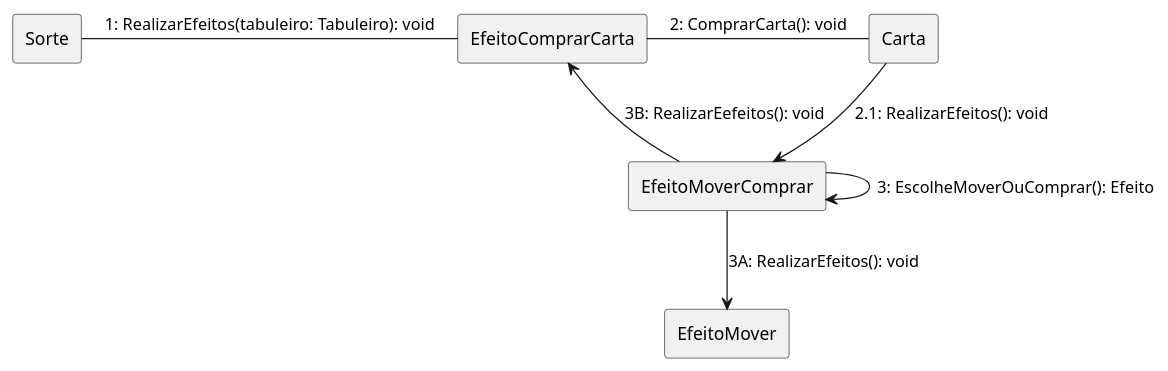
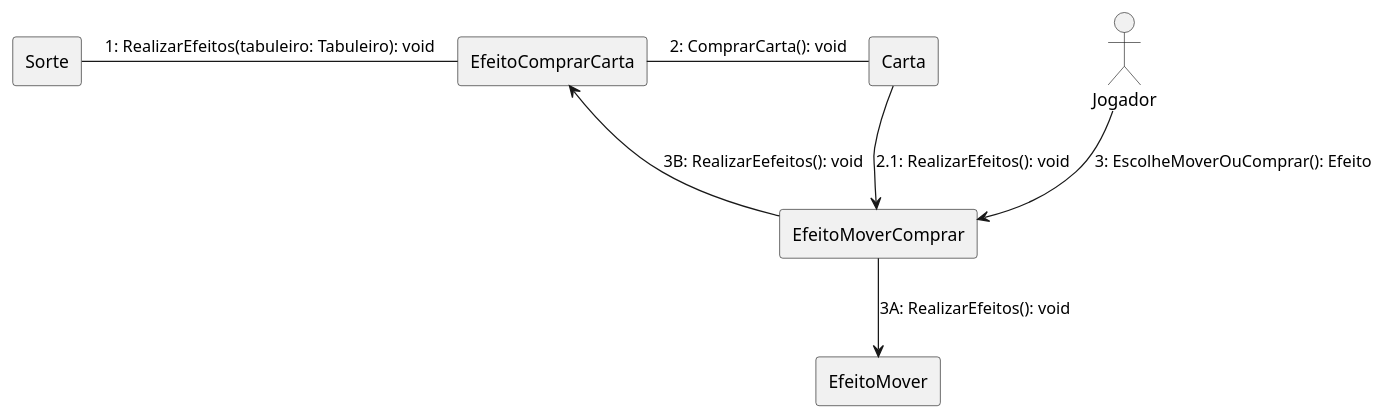
One commit to rogerpcto/ProjetoDeSoftware-UFF changed the diagram in Documentação/diagrama-comunicacao-Realiza-Efeito-Carta.plantuml. Above: the diagram before and after it, drawn with PlantUML. The commit also changed 2 other files, not shown here.

Commit message:
Melhorias diagrama de comunicação

```diff
--- a/Documentação/diagrama-comunicacao-Realiza-Efeito-Carta.plantuml
+++ b/Documentação/diagrama-comunicacao-Realiza-Efeito-Carta.plantuml
@@ -1,24 +1,22 @@
 @startuml comunicacao
 
 skinparam linestyle ortho
 
 rectangle "Sorte" as one
 rectangle "Carta" as two
 rectangle "EfeitoComprarCarta" as three
 rectangle "EfeitoMoverComprar" as four
 rectangle "EfeitoMover" as five
-
-
+Actor "Jogador" as jogador
 
 one -right- three: 1: RealizarEfeitos(tabuleiro: Tabuleiro): void
 
 three -right- two: 2: ComprarCarta(): void
 
 two --> four: 2.1: RealizarEfeitos(): void
 
-four --> four: 3: EscolheMoverOuComprar(): Efeito
+jogador --> four: 3: EscolheMoverOuComprar(): Efeito
 four --> five: 3A: RealizarEfeitos(): void
 four --> three: 3B: RealizarEefeitos(): void
 
-
 @enduml
```
